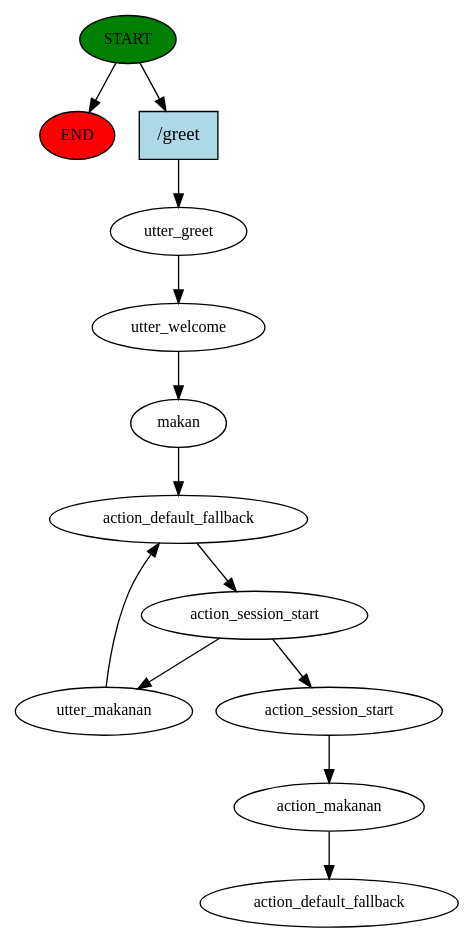
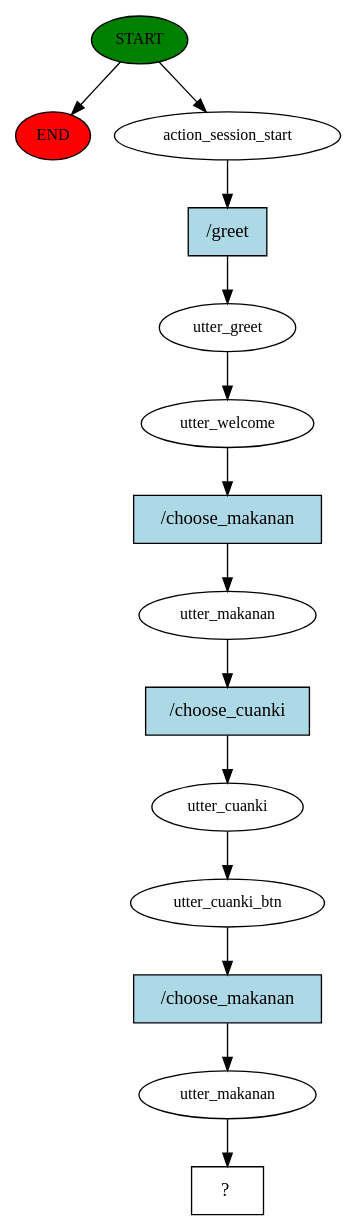
One commit to fanfbryn/Chatbot_1 changed the diagram in story_graph.dot. Above: the diagram before and after it, drawn with Graphviz. The commit also changed 232 other files, not shown here.

```diff
--- a/story_graph.dot
+++ b/story_graph.dot
@@ -1,26 +1,29 @@
 digraph  {
 0 [class="start active", fillcolor=green, fontsize=12, label=START, style=filled];
 "-1" [class=end, fillcolor=red, fontsize=12, label=END, style=filled];
-1 [class=active, fontsize=12, label=utter_greet];
-2 [class=active, fontsize=12, label=utter_welcome];
-3 [class=active, fontsize=12, label=makan];
-4 [class=active, fontsize=12, label=action_default_fallback];
-5 [class=active, fontsize=12, label=action_session_start];
-6 [class=active, fontsize=12, label=utter_makanan];
-9 [class=active, fontsize=12, label=action_session_start];
-10 [class=active, fontsize=12, label=action_makanan];
-11 [class="dashed active", fontsize=12, label=action_default_fallback];
-12 [class="intent active", fillcolor=lightblue, label="/greet", shape=rect, style=filled];
+1 [class=active, fontsize=12, label=action_session_start];
+2 [class=active, fontsize=12, label=utter_greet];
+3 [class=active, fontsize=12, label=utter_welcome];
+4 [class=active, fontsize=12, label=utter_makanan];
+5 [class=active, fontsize=12, label=utter_cuanki];
+6 [class=active, fontsize=12, label=utter_cuanki_btn];
+7 [class=active, fontsize=12, label=utter_makanan];
+8 [class="intent dashed active", label="  ?  ", shape=rect];
+9 [class="intent active", fillcolor=lightblue, label="/greet", shape=rect, style=filled];
+10 [class="intent active", fillcolor=lightblue, label="/choose_makanan", shape=rect, style=filled];
+11 [class="intent active", fillcolor=lightblue, label="/choose_cuanki", shape=rect, style=filled];
+12 [class="intent active", fillcolor=lightblue, label="/choose_makanan", shape=rect, style=filled];
 0 -> "-1"  [class="", key=NONE, label=""];
-0 -> 12  [class=active, key=0];
-1 -> 2  [class=active, key=NONE, label=""];
+0 -> 1  [class=active, key=NONE, label=""];
+1 -> 9  [class=active, key=0];
 2 -> 3  [class=active, key=NONE, label=""];
-3 -> 4  [class=active, key=NONE, label=""];
-4 -> 5  [class=active, key=NONE, label=""];
+3 -> 10  [class=active, key=0];
+4 -> 11  [class=active, key=0];
 5 -> 6  [class=active, key=NONE, label=""];
-5 -> 9  [class=active, key=NONE, label=""];
-6 -> 4  [class=active, key=NONE, label=""];
-9 -> 10  [class=active, key=NONE, label=""];
-10 -> 11  [class=active, key=NONE, label=""];
-12 -> 1  [class=active, key=0];
+6 -> 12  [class=active, key=0];
+7 -> 8  [class=active, key=NONE, label=""];
+9 -> 2  [class=active, key=0];
+10 -> 4  [class=active, key=0];
+11 -> 5  [class=active, key=0];
+12 -> 7  [class=active, key=0];
 }
```
